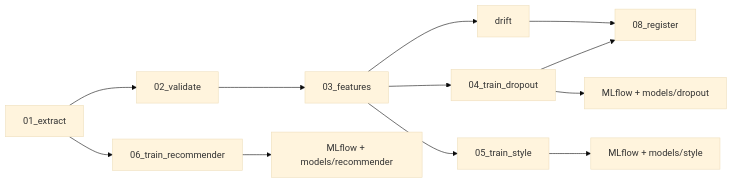
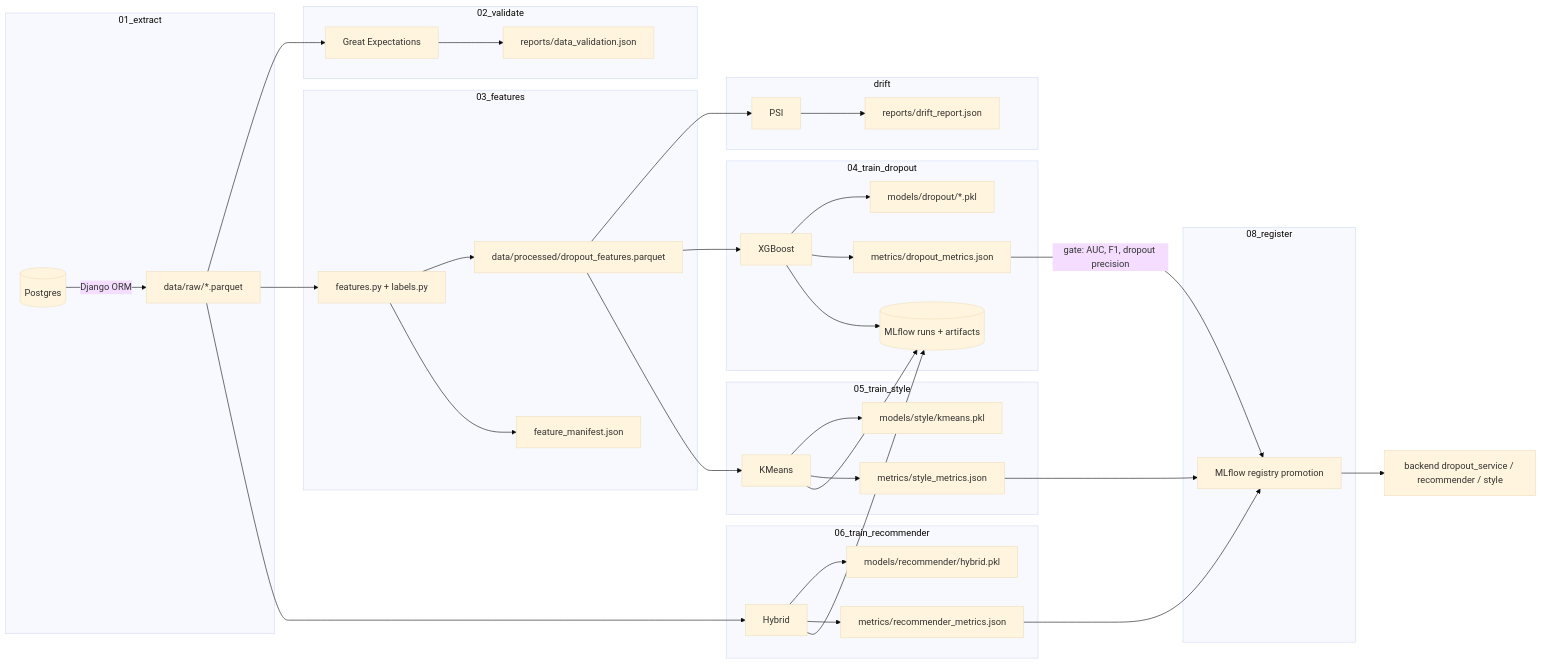
Diagram 16 of 19 in README.md (coderiukl/rt-video-learning-analytics), drawn with Mermaid (base theme) before and after one commit. The commit also changed other lines of this file, not shown here.

````diff
--- a/README.md
+++ b/README.md
@@ -263,14 +681,37 @@
 ```mermaid
 flowchart LR
-    A[01_extract] --> B[02_validate]
-    B --> C[03_features]
-    C --> D[drift]
-    C --> E[04_train_dropout]
-    C --> F[05_train_style]
-    A --> G[06_train_recommender]
-    E --> H[08_register]
-    D --> H
-    E --> M[MLflow + models/dropout]
-    F --> N[MLflow + models/style]
-    G --> O[MLflow + models/recommender]
+    subgraph 01_extract
+        DB[(Postgres)] -->|Django ORM| RAW[data/raw/*.parquet]
+    end
+    subgraph 02_validate
+        RAW --> GE[Great Expectations] --> VR[reports/data_validation.json]
+    end
+    subgraph 03_features
+        RAW --> FE2[features.py + labels.py] --> FEAT[data/processed/dropout_features.parquet]
+        FE2 --> MAN[feature_manifest.json]
+    end
+    subgraph drift
+        FEAT --> PSI[PSI] --> DR[reports/drift_report.json]
+    end
+    subgraph 04_train_dropout
+        FEAT --> XGB[XGBoost] --> MDD[models/dropout/*.pkl]
+        XGB --> MET[metrics/dropout_metrics.json]
+        XGB --> MLFLOW[(MLflow runs + artifacts)]
+    end
+    subgraph 05_train_style
+        FEAT --> KM[KMeans] --> MDS[models/style/kmeans.pkl]
+        KM --> MET2[metrics/style_metrics.json]
+        KM --> MLFLOW
+    end
+    subgraph 06_train_recommender
+        RAW --> HR[Hybrid] --> MDR[models/recommender/hybrid.pkl]
+        HR --> MET3[metrics/recommender_metrics.json]
+        HR --> MLFLOW
+    end
+    subgraph 08_register
+        MET -->|gate: AUC, F1, dropout precision| REG
+        MET2 --> REG[MLflow registry promotion]
+        MET3 --> REG
+    end
+    REG --> SERVE[backend dropout_service / recommender / style]
 ```
````
